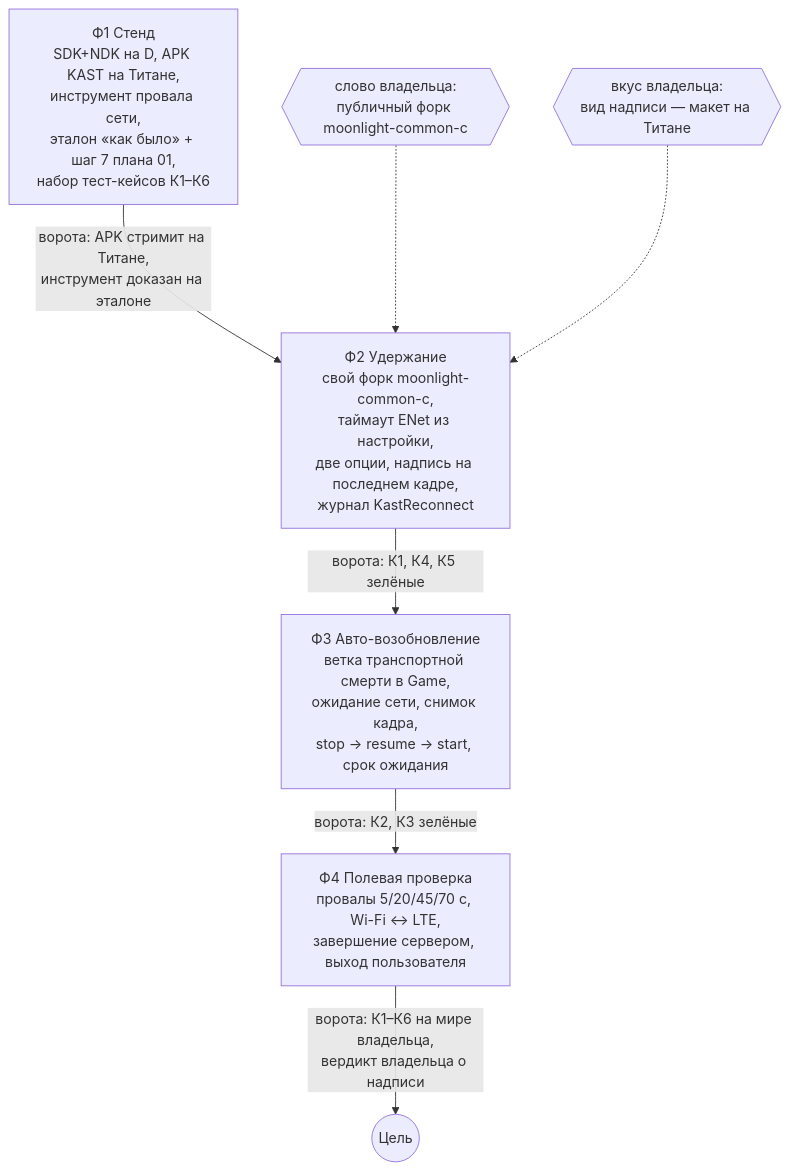
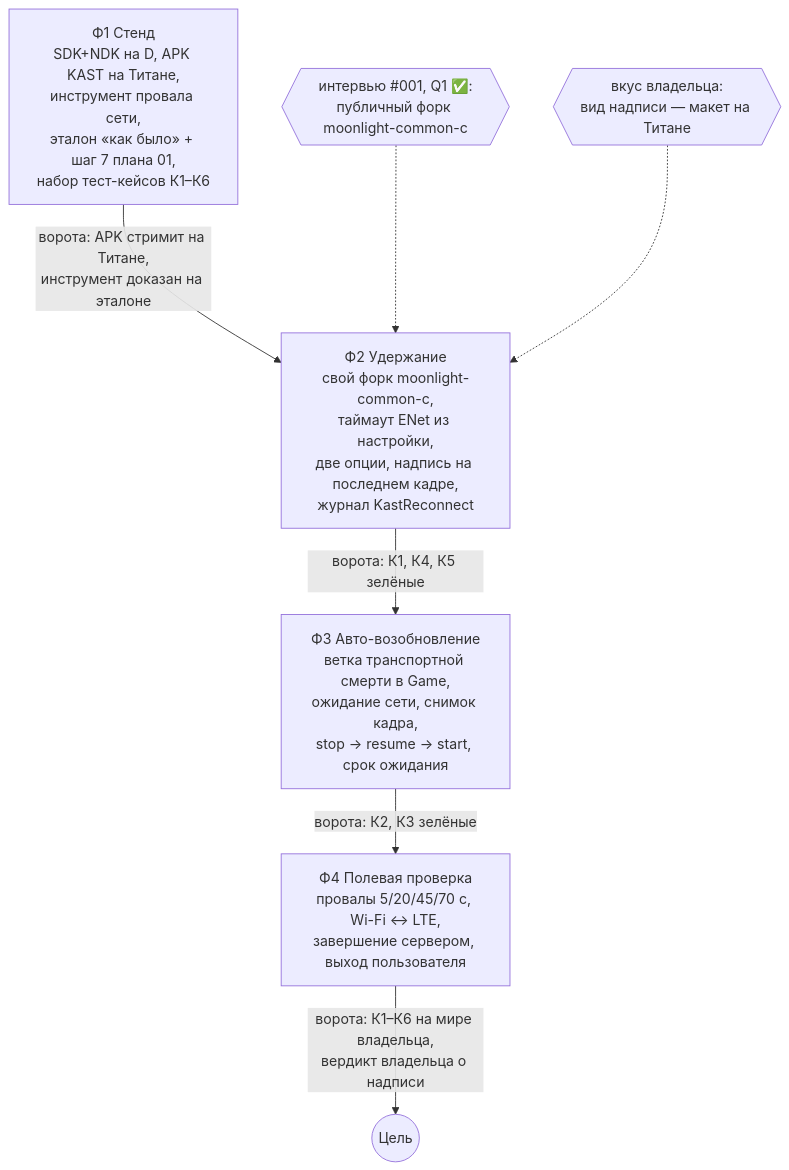
One commit to MikalaiKryvusha/KAST changed the diagram in plans/02_EPIC_reconnect.md. Above: the diagram before and after it, drawn with Mermaid. The commit also changed other lines of this file and 5 other files, not shown here.

First line of the commit message:
docs(интервью 001): ответ A внесён и интервью закрыто — открытая копия ядра MikalaiKryvusha/moonlight-common-c

````diff
--- a/plans/02_EPIC_reconnect.md
+++ b/plans/02_EPIC_reconnect.md
@@ -67,9 +67,9 @@
 ```mermaid
 flowchart TD
     F1[Ф1 Стенд<br/>SDK+NDK на D, APK KAST на Титане,<br/>инструмент провала сети,<br/>эталон «как было» + шаг 7 плана 01,<br/>набор тест-кейсов К1–К6] -->|ворота: APK стримит на Титане,<br/>инструмент доказан на эталоне| F2
     F2[Ф2 Удержание<br/>свой форк moonlight-common-c,<br/>таймаут ENet из настройки,<br/>две опции, надпись на последнем кадре,<br/>журнал KastReconnect] -->|ворота: К1, К4, К5 зелёные| F3
     F3[Ф3 Авто-возобновление<br/>ветка транспортной смерти в Game,<br/>ожидание сети, снимок кадра,<br/>stop → resume → start, срок ожидания] -->|ворота: К2, К3 зелёные| F4
     F4[Ф4 Полевая проверка<br/>провалы 5/20/45/70 с, Wi-Fi ↔ LTE,<br/>завершение сервером, выход пользователя] -->|ворота: К1–К6 на мире владельца,<br/>вердикт владельца о надписи| G((Цель))
-    O1{{слово владельца:<br/>публичный форк moonlight-common-c}} -.-> F2
+    O1{{интервью #001, Q1 ✅:<br/>публичный форк moonlight-common-c}} -.-> F2
     O2{{вкус владельца:<br/>вид надписи — макет на Титане}} -.-> F2
 ```
````
